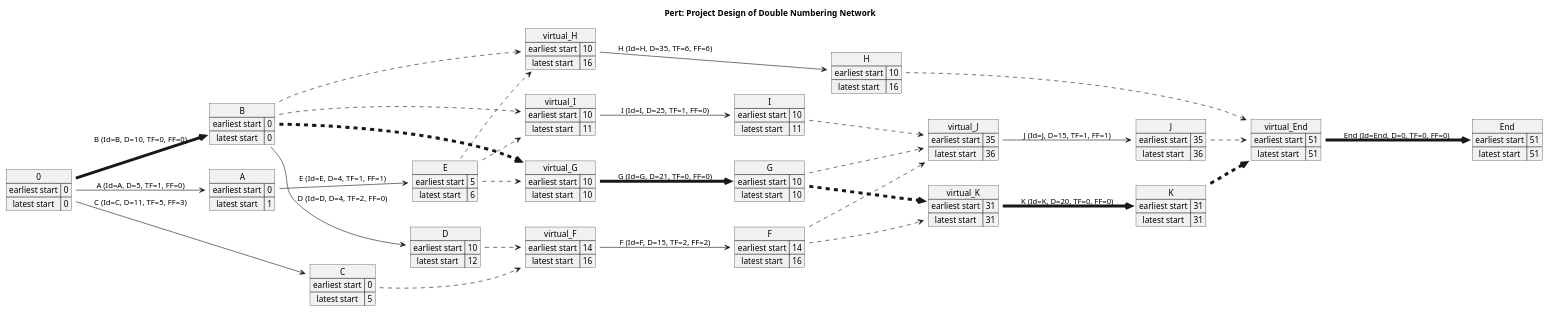
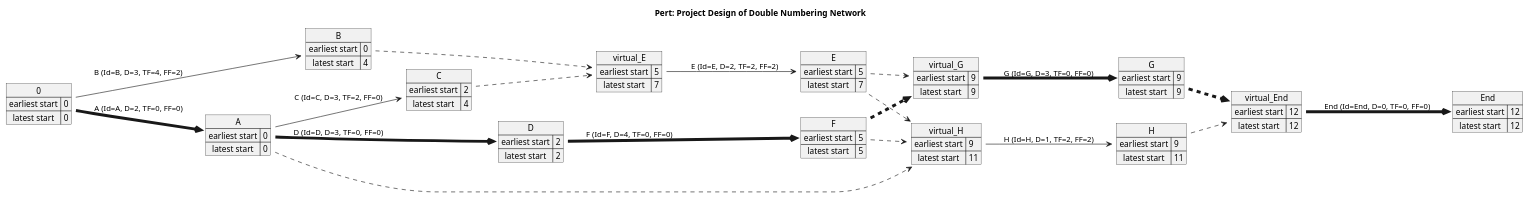
One commit to SCWM-P/PM_code_LLM_plantuml changed the diagram in __temp__/PUML_text_dNN.puml. Above: the diagram before and after it, drawn with PlantUML. The commit also changed 6 other files, not shown here.

```diff
--- a/__temp__/PUML_text_dNN.puml
+++ b/__temp__/PUML_text_dNN.puml
@@ -2,114 +2,80 @@
 @startuml PERT
 left to right direction
 ' Horizontal lines: -->, <--, <-->
 ' Vertical lines: ->, <-, <->
 title Pert: Project Design of Double Numbering Network
 map 0 {
     earliest start => 0
     latest start => 0
 }
 map End {
-    earliest start => 51
-    latest start => 51
+    earliest start => 12
+    latest start => 12
 }
 map A {
     earliest start => 0
-    latest start => 1
+    latest start => 0
 }
 map B {
     earliest start => 0
-    latest start => 0
+    latest start => 4
 }
 map C {
-    earliest start => 0
-    latest start => 5
+    earliest start => 2
+    latest start => 4
 }
 map D {
-    earliest start => 10
-    latest start => 12
+    earliest start => 2
+    latest start => 2
+}
+map virtual_E {
+    earliest start => 5
+    latest start => 7
 }
 map E {
     earliest start => 5
-    latest start => 6
-}
-map virtual_F {
-    earliest start => 14
-    latest start => 16
+    latest start => 7
 }
 map F {
-    earliest start => 14
-    latest start => 16
+    earliest start => 5
+    latest start => 5
 }
 map virtual_G {
-    earliest start => 10
-    latest start => 10
+    earliest start => 9
+    latest start => 9
 }
 map G {
-    earliest start => 10
-    latest start => 10
+    earliest start => 9
+    latest start => 9
 }
 map virtual_H {
-    earliest start => 10
-    latest start => 16
+    earliest start => 9
+    latest start => 11
 }
 map H {
-    earliest start => 10
-    latest start => 16
-}
-map virtual_I {
-    earliest start => 10
+    earliest start => 9
     latest start => 11
 }
-map I {
-    earliest start => 10
-    latest start => 11
+map virtual_End {
+    earliest start => 12
+    latest start => 12
 }
-map virtual_J {
-    earliest start => 35
-    latest start => 36
-}
-map J {
-    earliest start => 35
-    latest start => 36
-}
-map virtual_K {
-    earliest start => 31
-    latest start => 31
-}
-map K {
-    earliest start => 31
-    latest start => 31
-}
-map virtual_End {
-    earliest start => 51
-    latest start => 51
-}
-0 --> A : A (Id=A, D=5, TF=1, FF=0)
-0 -[thickness=5]-> B : B (Id=B, D=10, TF=0, FF=0)
-0 --> C : C (Id=C, D=11, TF=5, FF=3)
-B --> D : D (Id=D, D=4, TF=2, FF=0)
-A --> E : E (Id=E, D=4, TF=1, FF=1)
-C -[dashed]-> virtual_F
-D -[dashed]-> virtual_F
-virtual_F --> F : F (Id=F, D=15, TF=2, FF=2)
-B -[dashed,thickness=5]-> virtual_G
+0 -[thickness=5]-> A : A (Id=A, D=2, TF=0, FF=0)
+0 --> B : B (Id=B, D=3, TF=4, FF=2)
+A --> C : C (Id=C, D=3, TF=2, FF=0)
+A -[thickness=5]-> D : D (Id=D, D=3, TF=0, FF=0)
+B -[dashed]-> virtual_E
+C -[dashed]-> virtual_E
+virtual_E --> E : E (Id=E, D=2, TF=2, FF=2)
+D -[thickness=5]-> F : F (Id=F, D=4, TF=0, FF=0)
 E -[dashed]-> virtual_G
-virtual_G -[thickness=5]-> G : G (Id=G, D=21, TF=0, FF=0)
-B -[dashed]-> virtual_H
+F -[dashed,thickness=5]-> virtual_G
+virtual_G -[thickness=5]-> G : G (Id=G, D=3, TF=0, FF=0)
+A -[dashed]-> virtual_H
 E -[dashed]-> virtual_H
-virtual_H --> H : H (Id=H, D=35, TF=6, FF=6)
-B -[dashed]-> virtual_I
-E -[dashed]-> virtual_I
-virtual_I --> I : I (Id=I, D=25, TF=1, FF=0)
-F -[dashed]-> virtual_J
-G -[dashed]-> virtual_J
-I -[dashed]-> virtual_J
-virtual_J --> J : J (Id=J, D=15, TF=1, FF=1)
-F -[dashed]-> virtual_K
-G -[dashed,thickness=5]-> virtual_K
-virtual_K -[thickness=5]-> K : K (Id=K, D=20, TF=0, FF=0)
+F -[dashed]-> virtual_H
+virtual_H --> H : H (Id=H, D=1, TF=2, FF=2)
+G -[dashed,thickness=5]-> virtual_End
 H -[dashed]-> virtual_End
-J -[dashed]-> virtual_End
-K -[dashed,thickness=5]-> virtual_End
 virtual_End -[thickness=5]-> End : End (Id=End, D=0, TF=0, FF=0)
 @enduml
```
